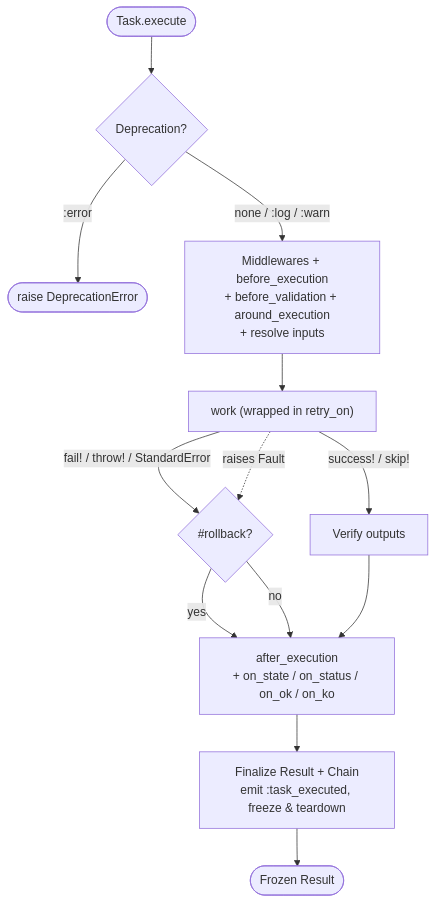
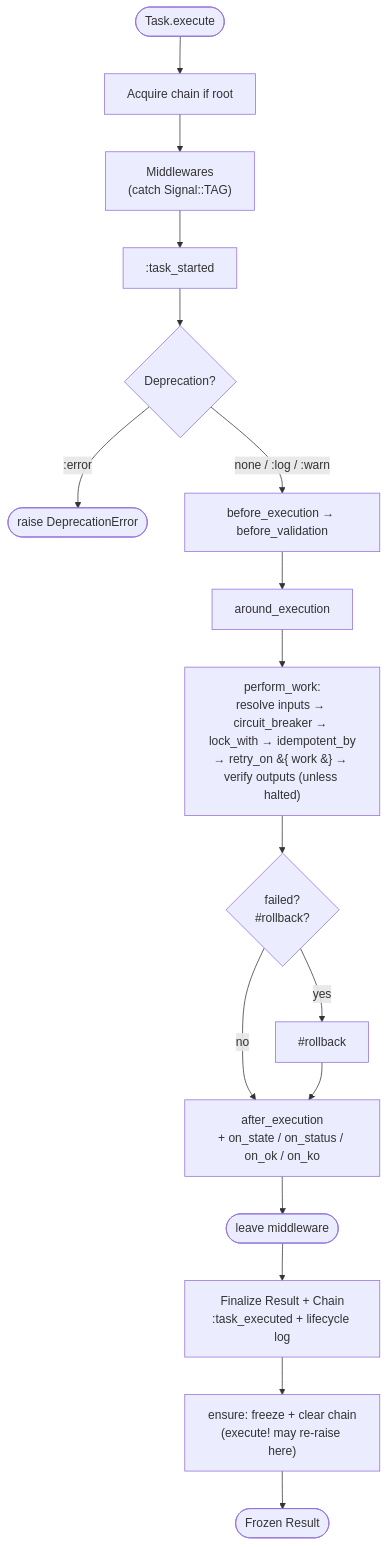
Before and after one commit to drexed/cmdx: the second of 2 diagrams in docs/getting_started.md, drawn with Mermaid. The commit also changed other lines of this file and 2 other files, not shown here.

Commit message:
Update diagrams and flows

````diff
--- a/docs/getting_started.md
+++ b/docs/getting_started.md
@@ -219,15 +219,19 @@
 ```mermaid
 flowchart TD
-    Invoke([Task.execute]) --> Dep{Deprecation?}
+    Invoke([Task.execute]) --> Acquire[Acquire chain if root]
+    Acquire --> MW["Middlewares<br/>(catch Signal::TAG)"]
+    MW --> TS[:task_started]
+    TS --> Dep{Deprecation?}
     Dep -->|":error"| Raise([raise DeprecationError])
-    Dep -->|"none / :log / :warn"| Setup["Middlewares + before_execution<br/>+ before_validation + around_execution<br/>+ resolve inputs"]
-    Setup --> Work["work (wrapped in retry_on)"]
-    Work -->|"success! / skip!"| Verify[Verify outputs]
-    Work -->|"fail! / throw! / StandardError"| Rollback{"#rollback?"}
-    Work -.->|"raises Fault"| Rollback
-    Rollback -->|yes| Cb["after_execution<br/>+ on_state / on_status / on_ok / on_ko"]
-    Rollback -->|no| Cb
-    Verify --> Cb
-    Cb --> Finalize["Finalize Result + Chain<br/>emit :task_executed, freeze & teardown"]
-    Finalize --> Out([Frozen Result])
+    Dep -->|"none / :log / :warn"| Pre[before_execution → before_validation]
+    Pre --> Around[around_execution]
+    Around --> PW["perform_work:<br/>resolve inputs → circuit_breaker → lock_with → idempotent_by<br/>→ retry_on &#123; work &#125; → verify outputs (unless halted)"]
+    PW --> Rollback{"failed?<br/>#rollback?"}
+    Rollback -->|yes| RB[#rollback]
+    Rollback -->|no| Post
+    RB --> Post["after_execution<br/>+ on_state / on_status / on_ok / on_ko"]
+    Post --> MWend([leave middleware])
+    MWend --> Finalize["Finalize Result + Chain<br/>:task_executed + lifecycle log"]
+    Finalize --> Teardown["ensure: freeze + clear chain<br/>(execute! may re-raise here)"]
+    Teardown --> Out([Frozen Result])
 ```
````
